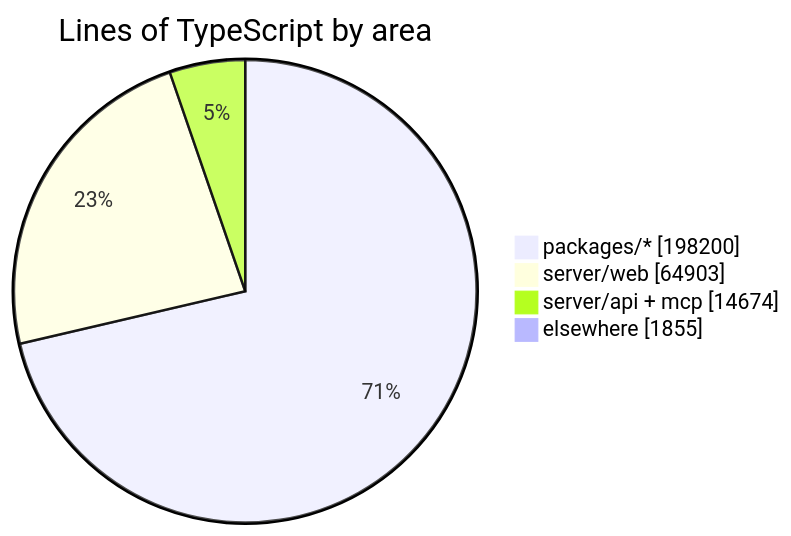
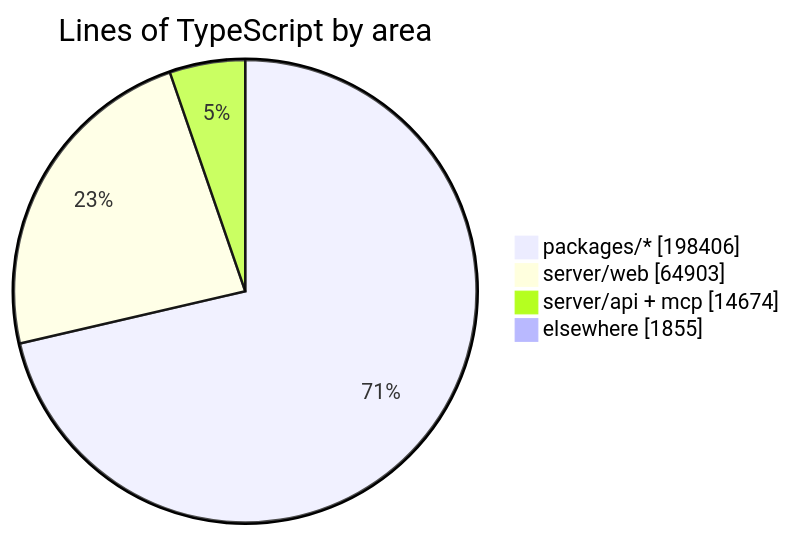
Before and after one commit to crossworks-engineering/mantle: the diagram in README.md, drawn with Mermaid. The commit also changed other lines of this file and 2 other files, not shown here.

````diff
--- a/README.md
+++ b/README.md
@@ -287,7 +287,7 @@
 ```mermaid
 pie showData title Lines of TypeScript by area
-    "packages/*" : 198200
+    "packages/*" : 198406
     "server/web" : 64903
     "server/api + mcp" : 14674
     "elsewhere" : 1855
 ```
````
